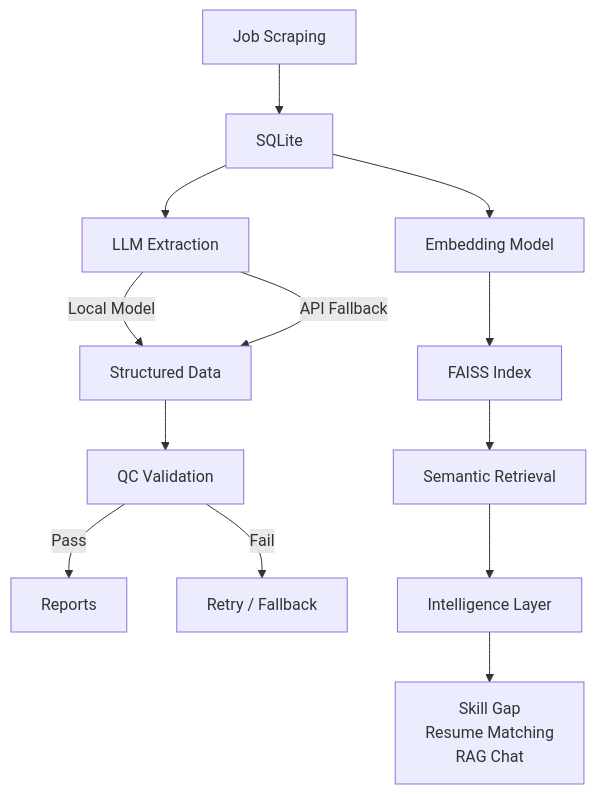
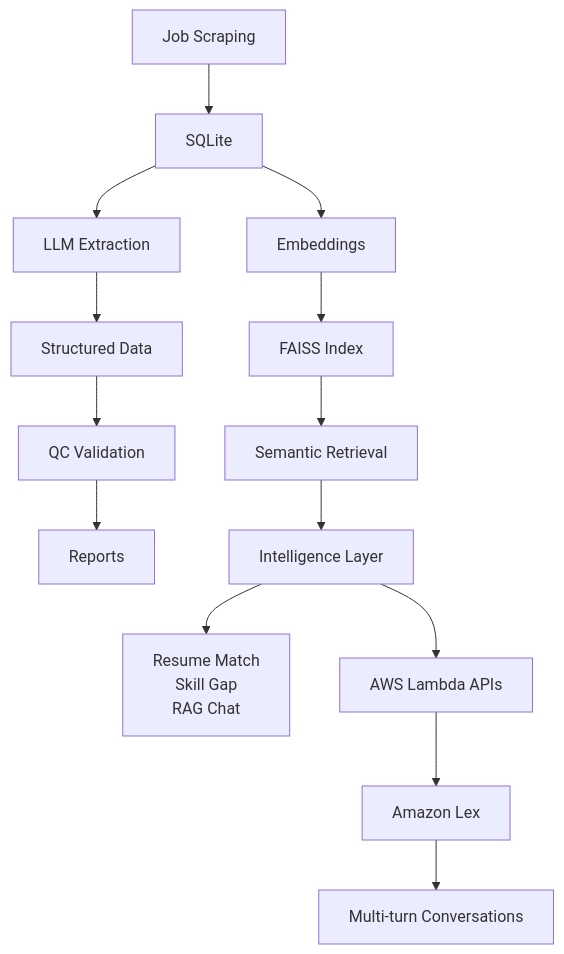
One commit to xiangxingGuo/jobpulse changed the diagram in README.md. Above: the diagram before and after it, drawn with Mermaid. The commit also changed other lines of this file and 9 other files, not shown here.

````diff
--- a/README.md
+++ b/README.md
@@ -142,28 +97,33 @@
 ```mermaid
 flowchart TD
 
 A[Job Scraping] --> B[SQLite]
 
 B --> C[LLM Extraction]
 
-C -->|Local Model| D[Structured Data]
-C -->|API Fallback| D
+C --> D[Structured Data]
 
 D --> E[QC Validation]
 
-E -->|Pass| F[Reports]
-E -->|Fail| G[Retry / Fallback]
+E --> F[Reports]
 
-B --> H[Embedding Model]
-H --> I[FAISS Index]
+B --> G[Embeddings]
 
-I --> J[Semantic Retrieval]
+G --> H[FAISS Index]
 
-J --> K[Intelligence Layer]
+H --> I[Semantic Retrieval]
 
-K --> L[
+I --> J[Intelligence Layer]
+
+J --> K[
+Resume Match
 Skill Gap
-Resume Matching
 RAG Chat
 ]
+
+J --> L[AWS Lambda APIs]
+
+L --> M[Amazon Lex]
+
+M --> N[Multi-turn Conversations]
 ```
````
